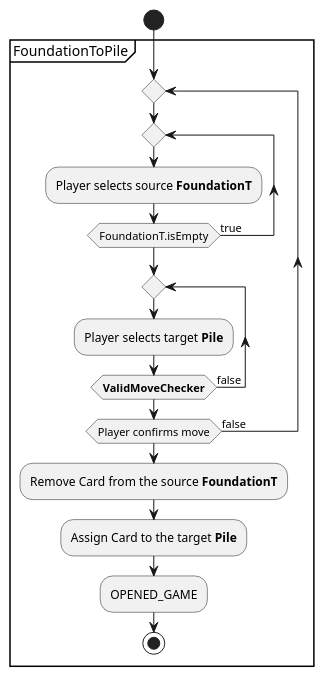
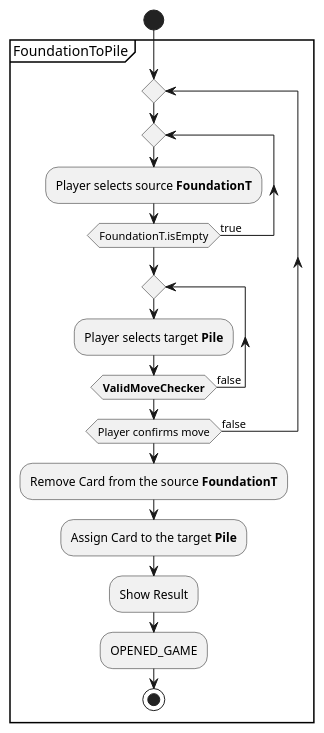
One commit to ciscoruiz/klondike changed the diagram in useCaseView/FoundationToPile.puml. Above: the diagram before and after it, drawn with PlantUML.

Commit message:
Add Show Result in FoundationToPile usecase

```diff
--- a/useCaseView/FoundationToPile.puml
+++ b/useCaseView/FoundationToPile.puml
@@ -1,24 +1,24 @@
 @startuml
 'https://plantuml.com/activity-diagram-beta
 
 start
 
 partition FoundationToPile {
 
 repeat
    repeat
       :Player selects source **FoundationT**;
    repeat while (FoundationT.isEmpty) is (true)
 
    repeat
       :Player selects target **Pile**;
    repeat while (**ValidMoveChecker**) is (false)
 repeat while (Player confirms move) is (false)
 
 :Remove Card from the source **FoundationT**;
 :Assign Card to the target **Pile**;
+:Show Result;
 :OPENED_GAME;
 
 stop
-
 @enduml
```
